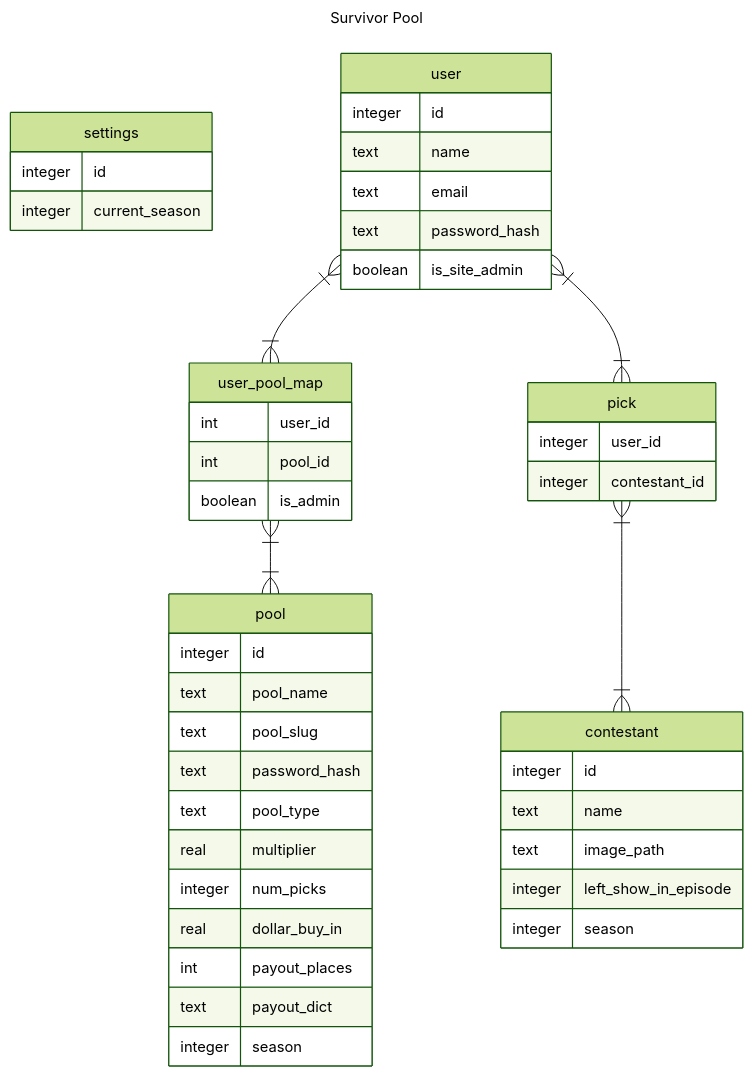
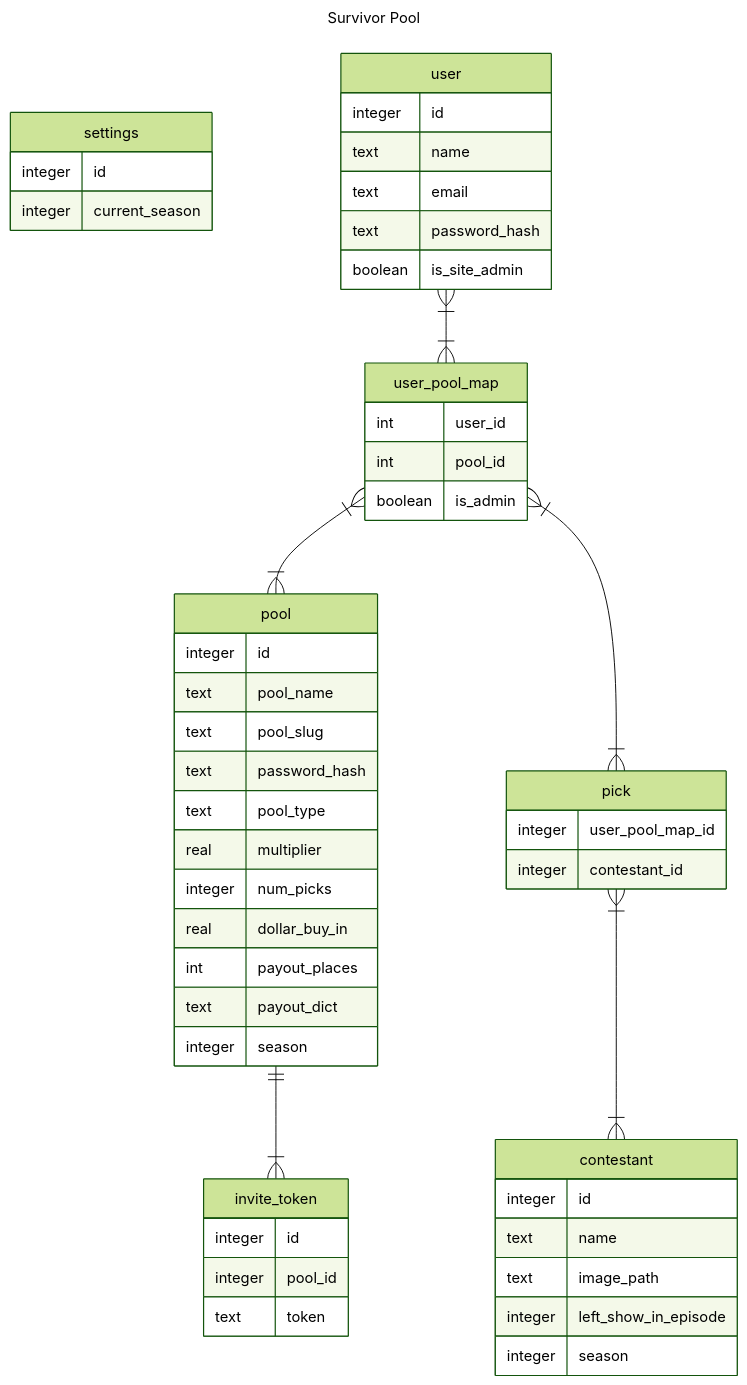
Before and after one commit to peterchinman/survivor_pool: the diagram in README.md, drawn with Mermaid (forest theme). The commit also changed 36 other files, not shown here.

````diff
--- a/README.md
+++ b/README.md
@@ -7,58 +7,64 @@
 ```mermaid
 ---
 title: Survivor Pool
 ---
 
 erDiagram
     settings{
         integer id
         integer current_season
     }
    pool{
     integer id
     text pool_name
     text pool_slug
     text password_hash
 
     text pool_type
     real multiplier
     integer num_picks
     real dollar_buy_in
     int payout_places
     text payout_dict
 
 
     integer season
    }
    user }|--|{ user_pool_map : ""
    user_pool_map }|--|{ pool : ""
 
    user_pool_map {
     int user_id
     int pool_id
     boolean is_admin
    }
    
    user{
     integer id
     text name
     text email
     text password_hash
     boolean is_site_admin
    }
 
-   user }|--|{ pick : ""
+   user_pool_map }|--|{ pick : ""
    pick{
-    integer user_id
+    integer user_pool_map_id
     integer contestant_id
    }
     contestant{
         integer id
         text name
         text image_path
         integer left_show_in_episode
         integer season
     }
-%% contestants }|--|{ pick : ""
-pick }|--|{ contestant : ""  
+
+    pick }|--|{ contestant : "" 
+    pool ||--|{ invite_token : ""
+    invite_token {
+        integer id
+        integer pool_id
+        text token
+    }
 ```
````
